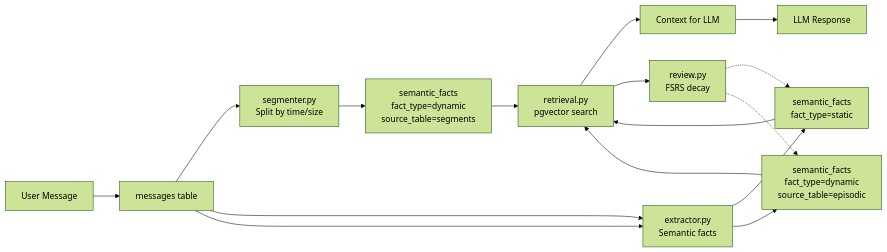
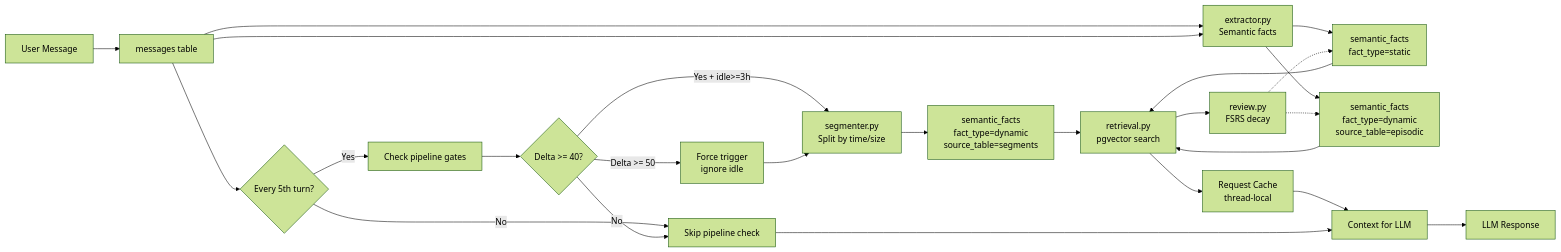
The fifth of 8 diagrams in app/README.md (icedeyes12/yuzu-core), drawn with Mermaid (forest theme) before and after one commit. The commit also changed other lines of this file and 7 other files, not shown here.

````diff
--- a/app/README.md
+++ b/app/README.md
@@ -475,18 +481,27 @@
 ```mermaid
 flowchart LR
     A[User Message] --> B[messages table]
-    B --> C[segmenter.py<br/>Split by time/size]
-    C --> D[semantic_facts<br/>fact_type=dynamic<br/>source_table=segments]
-    B --> E[extractor.py<br/>Semantic facts]
-    E --> F[semantic_facts<br/>fact_type=static]
-    B --> E
-    E --> G[semantic_facts<br/>fact_type=dynamic<br/>source_table=episodic]
-    D --> H[retrieval.py<br/>pgvector search]
-    F --> H
-    G --> H
-    H --> I[Context for LLM]
-    I --> J[LLM Response]
-    H --> K[review.py<br/>FSRS decay]
-    K -.-> F
-    K -.-> G
+    B --> C{Every 5th turn?}
+    C -->|Yes| D[Check pipeline gates]
+    C -->|No| E[Skip pipeline check]
+    D --> F{Delta >= 40?}
+    F -->|Yes + idle>=3h| G[segmenter.py<br/>Split by time/size]
+    F -->|Delta >= 50| H[Force trigger<br/>ignore idle]
+    F -->|No| E
+    H --> G
+    G --> I[semantic_facts<br/>fact_type=dynamic<br/>source_table=segments]
+    B --> J[extractor.py<br/>Semantic facts]
+    J --> K[semantic_facts<br/>fact_type=static]
+    B --> J
+    J --> L[semantic_facts<br/>fact_type=dynamic<br/>source_table=episodic]
+    I --> M[retrieval.py<br/>pgvector search]
+    K --> M
+    L --> M
+    M --> N[Request Cache<br/>thread-local]
+    N --> O[Context for LLM]
+    O --> P[LLM Response]
+    M --> Q[review.py<br/>FSRS decay]
+    Q -.-> K
+    Q -.-> L
+    E --> O
 ```
````
